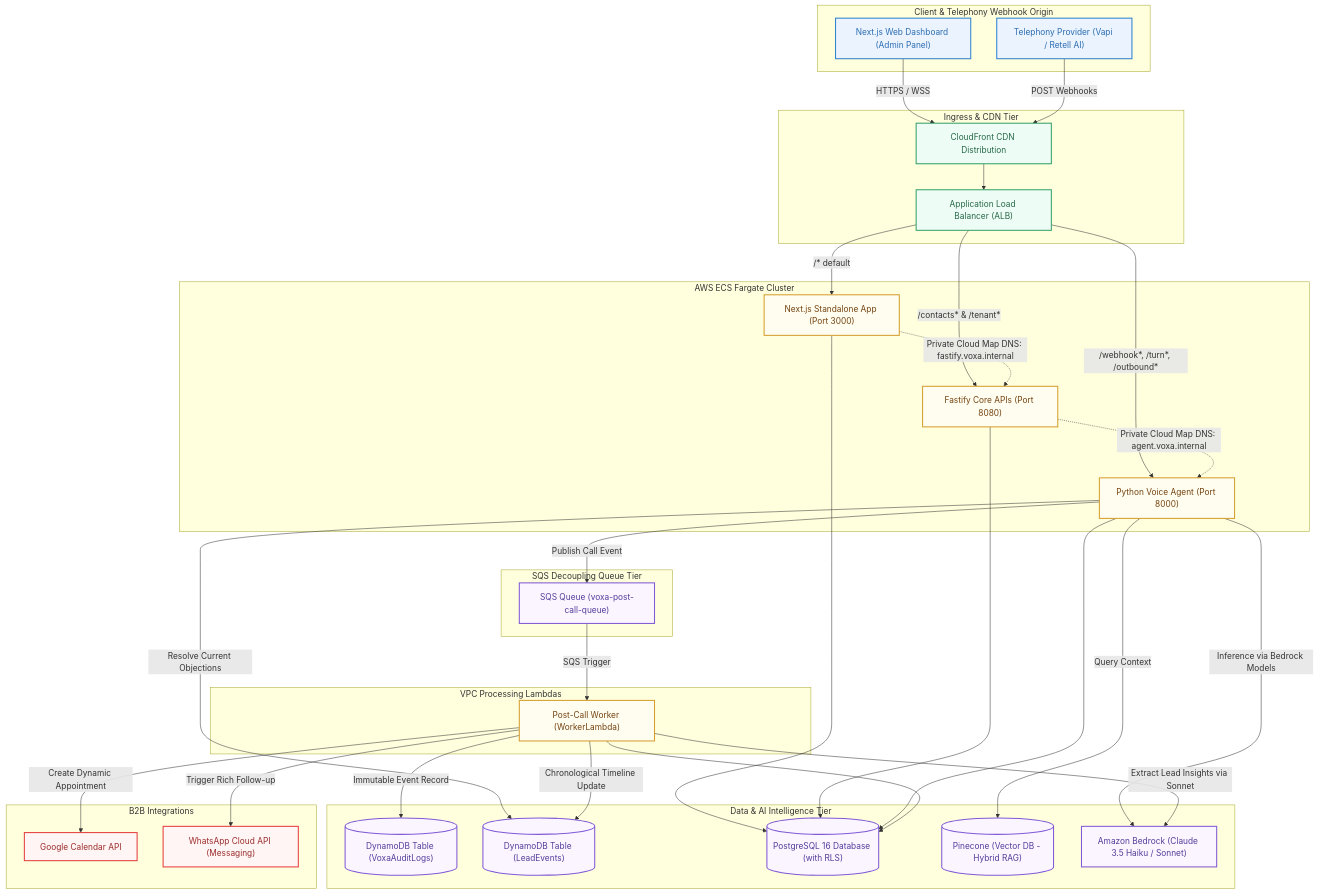
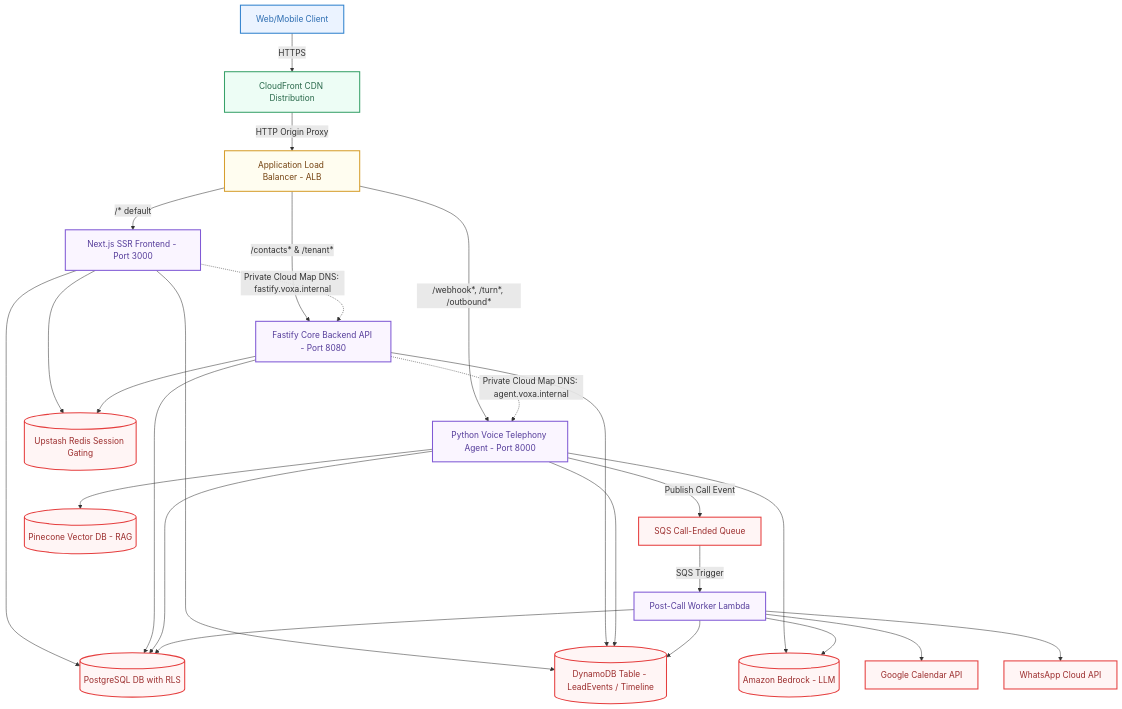
The diagram in README.md (vk1993/voa-agent), drawn with Mermaid before and after one commit. The commit also changed other lines of this file and 4 other files, not shown here.

Commit message:
feat: add ts-node dependency, refresh audit simulation data, and update README tech stack documentation

````diff
--- a/README.md
+++ b/README.md
@@ -29,86 +37,47 @@
 ```mermaid
 graph TD
-    %% Base Styling Definitions
     classDef client fill:#EBF3FF,stroke:#3182CE,stroke-width:2px,color:#2B6CB0;
     classDef edge fill:#EDFDF5,stroke:#38A169,stroke-width:2px,color:#276749;
-    classDef compute fill:#FFFDF0,stroke:#D69E2E,stroke-width:2px,color:#744210;
-    classDef storage fill:#FAF5FF,stroke:#805AD5,stroke-width:2px,color:#553C9A;
+    classDef alb fill:#FFFDF0,stroke:#D69E2E,stroke-width:2px,color:#744210;
+    classDef compute fill:#FAF5FF,stroke:#805AD5,stroke-width:2px,color:#553C9A;
+    classDef data fill:#FFF5F5,stroke:#E53E3E,stroke-width:2px,color:#9B2C2C;
     classDef integration fill:#FFF5F5,stroke:#E53E3E,stroke-width:2px,color:#9B2C2C;
 
-    %% Client and Telephony Nodes
-    subgraph Web_Client_Tier ["Client & Telephony Webhook Origin"]
-        Dashboard["Next.js Web Dashboard (Admin Panel)"]:::client
-        Telephony["Telephony Provider (Vapi / Retell AI)"]:::client
-    end
-
-    %% Ingress and Load Balancing
-    subgraph Ingress_Tier ["Ingress & CDN Tier"]
-        CF["CloudFront CDN Distribution"]:::edge
-        ALB["Application Load Balancer (ALB)"]:::edge
-        CF --> ALB
-    end
-
-    %% Container Compute Services (ECS Fargate)
-    subgraph Container_Compute ["AWS ECS Fargate Cluster"]
-        NextJS["Next.js Standalone App (Port 3000)"]:::compute
-        Fastify["Fastify Core APIs (Port 8080)"]:::compute
-        Agent["Python Voice Agent (Port 8000)"]:::compute
-    end
-
-    %% Decoupling SQS Messaging Queue Nodes
-    subgraph SQS_Messaging ["SQS Decoupling Queue Tier"]
-        activeQueue["SQS Queue (voxa-post-call-queue)"]:::storage
-    end
-
-    %% Background Processing
-    subgraph Background_Workers ["VPC Processing Lambdas"]
-        Worker["Post-Call Worker (WorkerLambda)"]:::compute
-    end
-
-    %% Storage & AI / Intelligence Nodes
-    subgraph Data_Intelligence_Store ["Data & AI Intelligence Tier"]
-        auditDb[("DynamoDB Table (VoxaAuditLogs)")]:::storage
-        memoryDb[("DynamoDB Table (LeadEvents)")]:::storage
-        rds[("PostgreSQL 16 Database (with RLS)")]:::storage
-        pinecone[("Pinecone (Vector DB - Hybrid RAG)")]:::storage
-        bedrock["Amazon Bedrock (Claude 3.5 Haiku / Sonnet)"]:::storage
-    end
-
-    %% Third-party Integrations
-    subgraph External_Integrations ["B2B Integrations"]
-        Calendar["Google Calendar API"]:::integration
-        WhatsApp["WhatsApp Cloud API (Messaging)"]:::integration
-    end
-
-    %% Data Flow Connections
-    Dashboard -->|HTTPS / WSS| CF
-    Telephony -->|POST Webhooks| CF
-
-    %% ALB Path Routing
-    ALB -->|/* default| NextJS
-    ALB -->|/contacts* & /tenant*| Fastify
-    ALB -->|/webhook*, /turn*, /outbound*| Agent
-
-    %% Service Discovery
+    Client[Web/Mobile Client]:::client -->|HTTPS| CF[CloudFront CDN Distribution]:::edge
+    CF -->|HTTP Origin Proxy| ALB[Application Load Balancer - ALB]:::alb
+    
+    %% ALB Path Rules
+    ALB -->|/* default| NextJS[Next.js SSR Frontend - Port 3000]:::compute
+    ALB -->|/contacts* & /tenant*| Fastify[Fastify Core Backend API - Port 8080]:::compute
+    ALB -->|/webhook*, /turn*, /outbound*| Agent[Python Voice Telephony Agent - Port 8000]:::compute
+    
+    %% Internal Connections & Service Discovery
     NextJS -.->|Private Cloud Map DNS: fastify.voxa.internal| Fastify
     Fastify -.->|Private Cloud Map DNS: agent.voxa.internal| Agent
-
-    %% Core Services DB Access
-    NextJS --> rds
-    Fastify --> rds
-    Agent --> rds
-    Worker --> rds
-
-    Agent -->|Publish Call Event| activeQueue
-    activeQueue -->|SQS Trigger| Worker
-
-    Agent -->|Query Context| pinecone
-    Agent -->|Resolve Current Objections| memoryDb
-    Agent -->|Inference via Bedrock Models| bedrock
-
-    Worker -->|Extract Lead Insights via Sonnet| bedrock
-    Worker -->|Immutable Event Record| auditDb
-    Worker -->|Chronological Timeline Update| memoryDb
-    Worker -->|Create Dynamic Appointment| Calendar
-    Worker -->|Trigger Rich Follow-up| WhatsApp
+    
+    %% Storage & Decoupling Queues
+    Agent -->|Publish Call Event| SQS[SQS Call-Ended Queue]:::data
+    SQS -->|SQS Trigger| Worker[Post-Call Worker Lambda]:::compute
+    
+    %% Database and Data Store Access
+    NextJS --> Postgres[(PostgreSQL DB with RLS)]:::data
+    Fastify --> Postgres
+    Agent --> Postgres
+    Worker --> Postgres
+    
+    NextJS --> DynamoDB[(DynamoDB Table - LeadEvents / Timeline)]:::data
+    Fastify --> DynamoDB
+    Agent --> DynamoDB
+    Worker --> DynamoDB
+    
+    NextJS --> Redis[(Upstash Redis Session Gating)]:::data
+    Fastify --> Redis
+    
+    Agent --> Pinecone[(Pinecone Vector DB - RAG)]:::data
+    Agent --> Bedrock[(Amazon Bedrock - LLM)]:::data
+    Worker --> Bedrock
+    
+    %% Integrations
+    Worker --> Calendar[Google Calendar API]:::integration
+    Worker --> WhatsApp[WhatsApp Cloud API]:::integration
 ```
````
